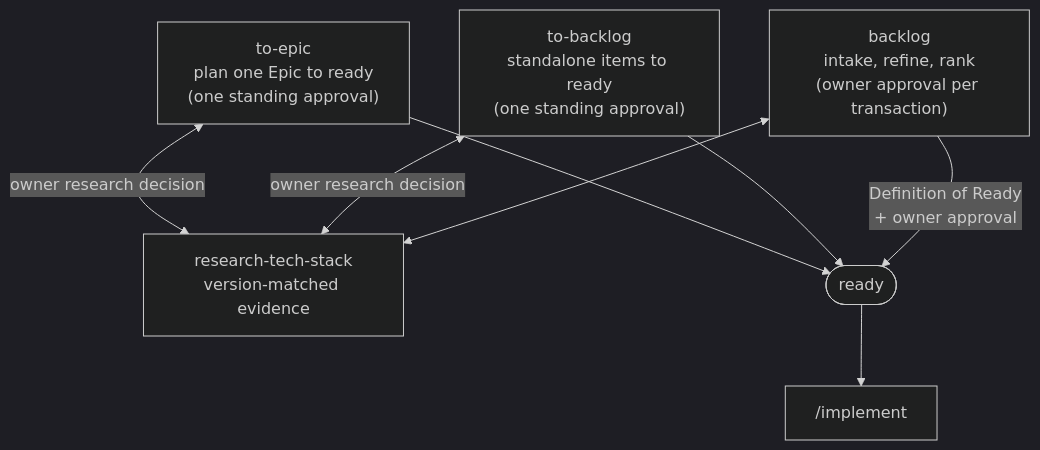
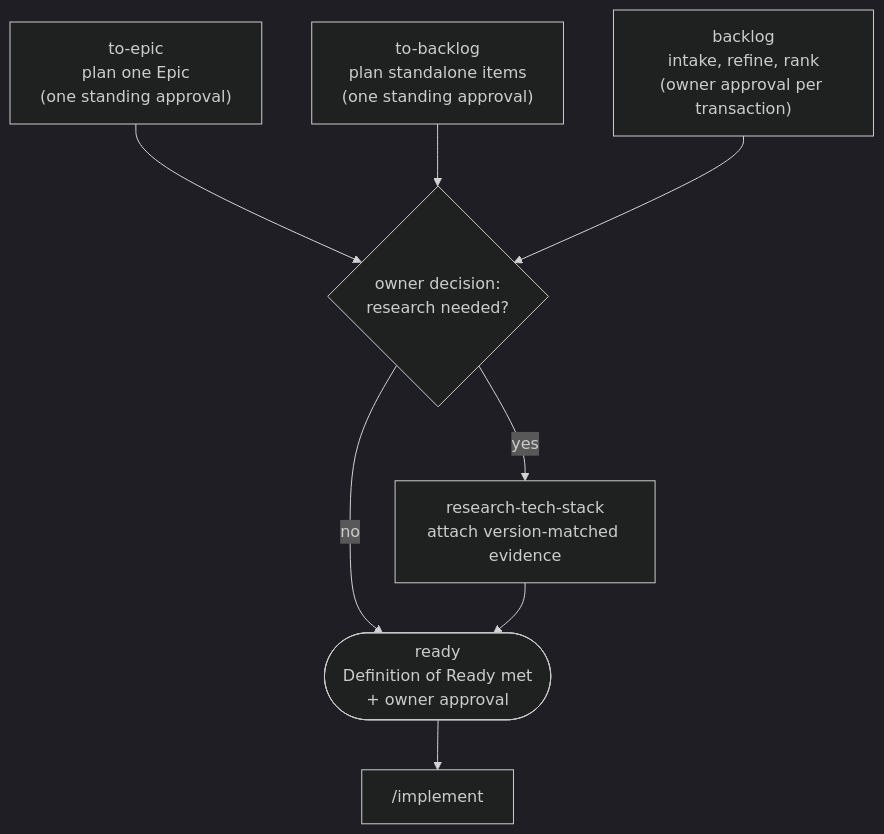
The second of 4 diagrams in README.md (beeltec/skills), drawn with Mermaid (dark theme) before and after one commit.

Commit message:
docs(readme): rework planning-flow diagram around a single research decision gate

````diff
--- a/README.md
+++ b/README.md
@@ -42,15 +42,12 @@
 ```mermaid
 flowchart TD
-    TE["to-epic<br/>plan one Epic to ready<br/>(one standing approval)"]
-    TB["to-backlog<br/>standalone items to ready<br/>(one standing approval)"]
-    BL["backlog<br/>intake, refine, rank<br/>(owner approval per transaction)"]
-    RT["research-tech-stack<br/>version-matched evidence"]
-    RDY(["ready"])
-    TE <-->|owner research decision| RT
-    TB <-->|owner research decision| RT
-    BL <--> RT
-    TE --> RDY
-    TB --> RDY
-    BL -->|Definition of Ready<br/>+ owner approval| RDY
+    TE["to-epic<br/>plan one Epic<br/>(one standing approval)"] --> DEC
+    TB["to-backlog<br/>plan standalone items<br/>(one standing approval)"] --> DEC
+    BL["backlog<br/>intake, refine, rank<br/>(owner approval per transaction)"] --> DEC
+    DEC{"owner decision:<br/>research needed?"}
+    DEC -->|yes| RT["research-tech-stack<br/>attach version-matched evidence"]
+    DEC -->|no| RDY
+    RT --> RDY
+    RDY(["ready<br/>Definition of Ready met<br/>+ owner approval"])
     RDY --> IMP["/implement"]
 ```
````
